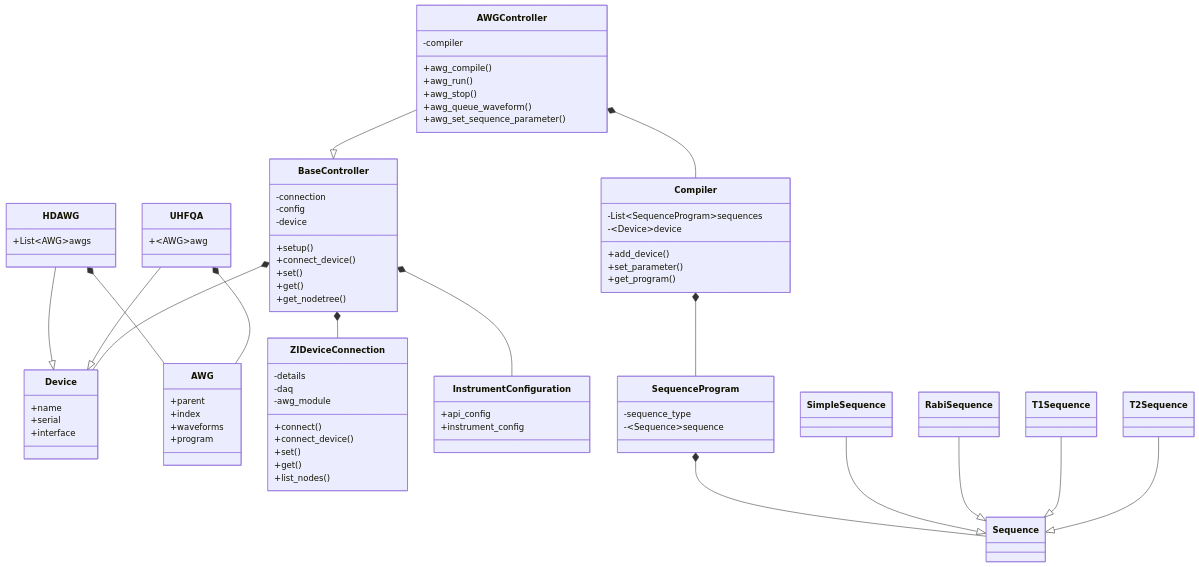
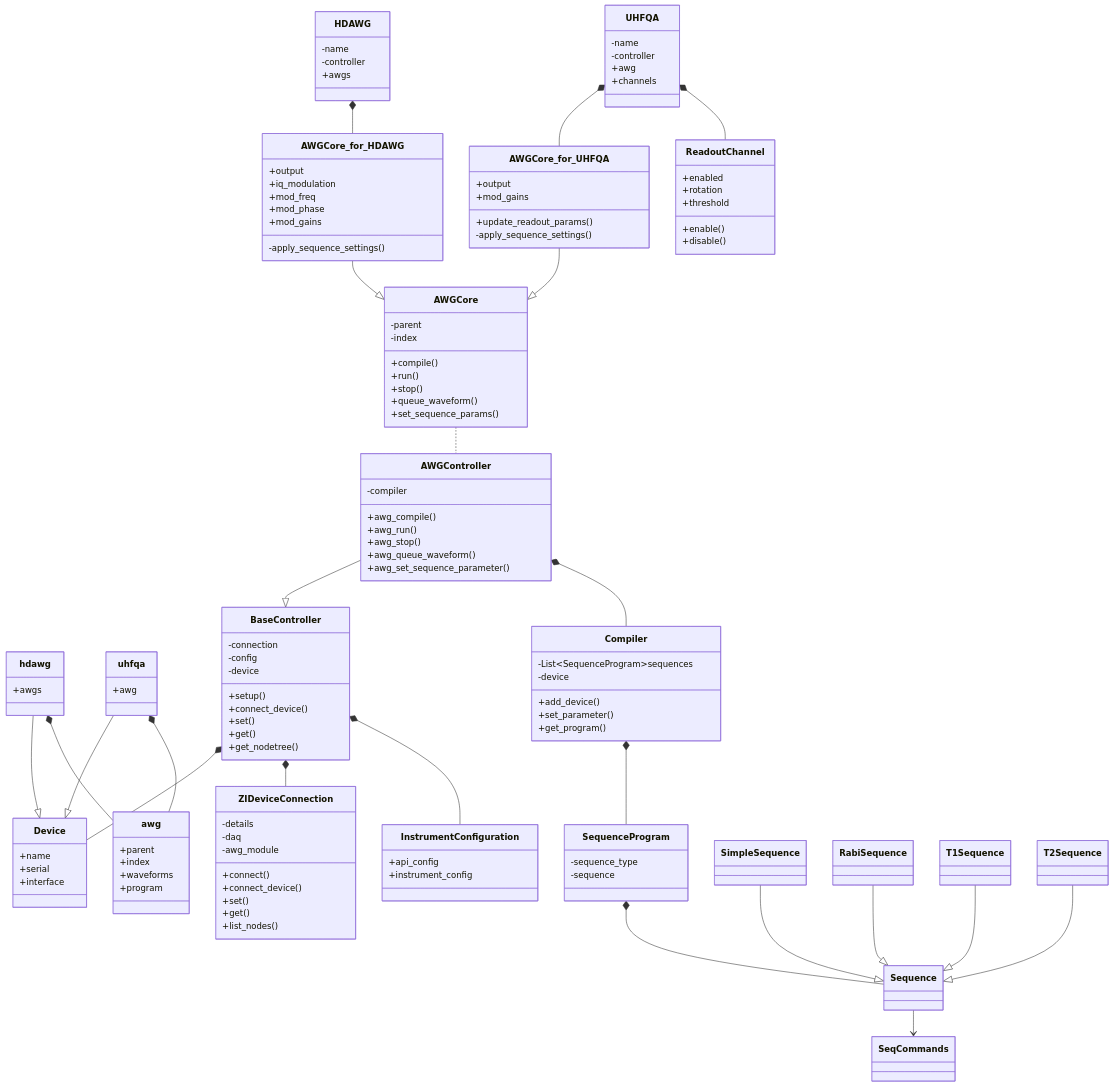
One commit to zhinst/zhinst-toolkit changed the diagram in README.md. Above: the diagram before and after it, drawn with Mermaid.

````diff
--- a/README.md
+++ b/README.md
@@ -30,10 +30,10 @@
 
 classDiagram
 
-    HDAWG --|> Device
-    HDAWG *-- AWG
-    UHFQA --|> Device
-    UHFQA *-- AWG
+    hdawg --|> Device
+    hdawg *-- awg
+    uhfqa --|> Device
+    uhfqa *-- awg
     BaseController *-- Device
     BaseController *-- ZIDeviceConnection
     BaseController *-- InstrumentConfiguration
@@ -45,6 +45,14 @@
     RabiSequence --|> Sequence
     T1Sequence --|> Sequence
     T2Sequence --|> Sequence
+    Sequence --> SeqCommands
+    AWGCore_for_UHFQA --|> AWGCore
+    AWGCore_for_HDAWG --|> AWGCore
+    AWGCore .. AWGController
+    HDAWG *-- AWGCore_for_HDAWG
+    UHFQA *-- AWGCore_for_UHFQA
+    UHFQA *-- ReadoutChannel
+    
 
     
     class Device{
@@ -52,19 +60,18 @@
         +serial
         +interface
     }
-    class HDAWG{
-        +List~AWG~awgs
-    }
-    class UHFQA{
-        +~AWG~awg
-    }
-    class AWG{
+    class awg{
         +parent
         +index
         +waveforms
         +program
     }
-
+    class hdawg{
+        +awgs
+    }
+    class uhfqa{
+        +awg
+    }
     class BaseController{
         -connection
         -config
@@ -75,7 +82,6 @@
         +get()
         +get_nodetree()  
     }
-    
     class ZIDeviceConnection{
         -details
         -daq
@@ -90,7 +96,6 @@
         +api_config
         +instrument_config
     }
-
     class AWGController{
         -compiler
         +awg_compile()
@@ -99,25 +104,66 @@
         +awg_queue_waveform()
         +awg_set_sequence_parameter()
     }
-
     class Compiler{
         -List~SequenceProgram~sequences
-        -~Device~device
+        -device
         +add_device()
         +set_parameter()
         +get_program()
     }
-    
     class SequenceProgram{
         -sequence_type
-        -~Sequence~sequence
+        -sequence
     }
-
     class Sequence
     class SimpleSequence
     class RabiSequence
     class T1Sequence
     class T2Sequence
+    class SeqCommands
+    class AWGCore{
+        -parent
+        -index
+        +compile()
+        +run()
+        +stop()
+        +queue_waveform()
+        +set_sequence_params()
+    }
+    class HDAWG{
+        -name
+        -controller
+        +awgs
+    }
+    class UHFQA{
+        -name
+        -controller
+        +awg
+        +channels
+    }
 
+    class ReadoutChannel{
+        +enabled
+        +rotation
+        +threshold
+        +enable()
+        +disable()
+    }
+
+    class AWGCore_for_HDAWG{
+        +output
+        +iq_modulation
+        +mod_freq
+        +mod_phase
+        +mod_gains
+        -apply_sequence_settings()
+    }
+
+    class AWGCore_for_UHFQA{
+        +output
+        +mod_gains
+        +update_readout_params()
+        -apply_sequence_settings()
+    }
 
 ```
````
